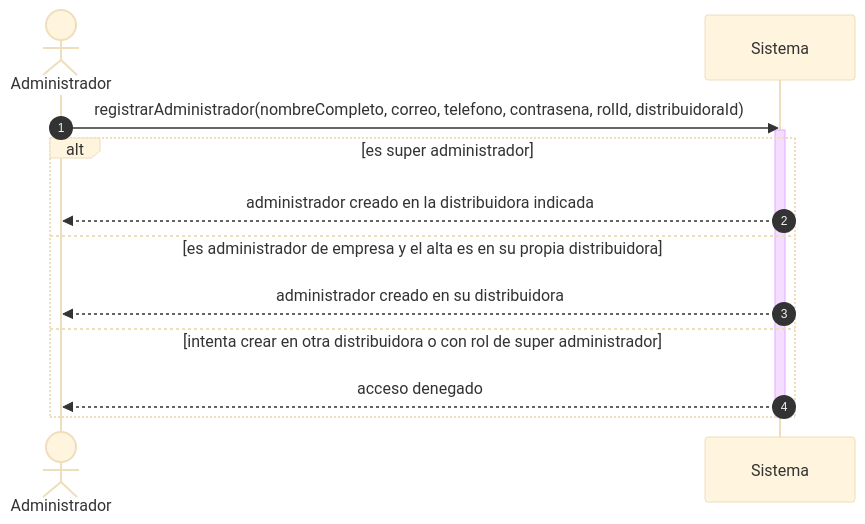
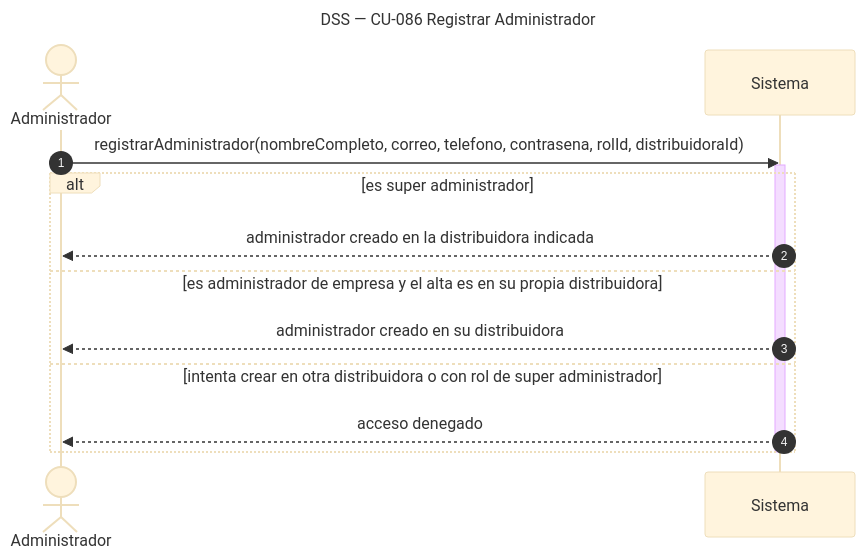
One commit to Nahuelito-Dev/splg-docs changed the diagram in diagramas/DSS_CU-086_Registrar-Administrador.mmd. Above: the diagram before and after it, drawn with Mermaid (base theme). The commit also changed 296 other files, not shown here.

First line of the commit message:
feat(notacion): completar la notación UML de los 293 diagramas de secuencia

```diff
--- a/diagramas/DSS_CU-086_Registrar-Administrador.mmd
+++ b/diagramas/DSS_CU-086_Registrar-Administrador.mmd
@@ -1,15 +1,16 @@
 sequenceDiagram
+    title DSS — CU-086 Registrar Administrador
     autonumber
     actor ADM as Administrador
     participant SIS as Sistema
 
     ADM->>SIS: registrarAdministrador(nombreCompleto, correo, telefono, contrasena, rolId, distribuidoraId)
     activate SIS
     alt es super administrador
         SIS-->>ADM: administrador creado en la distribuidora indicada
     else es administrador de empresa y el alta es en su propia distribuidora
         SIS-->>ADM: administrador creado en su distribuidora
     else intenta crear en otra distribuidora o con rol de super administrador
         SIS-->>ADM: acceso denegado
     end
     deactivate SIS
```
